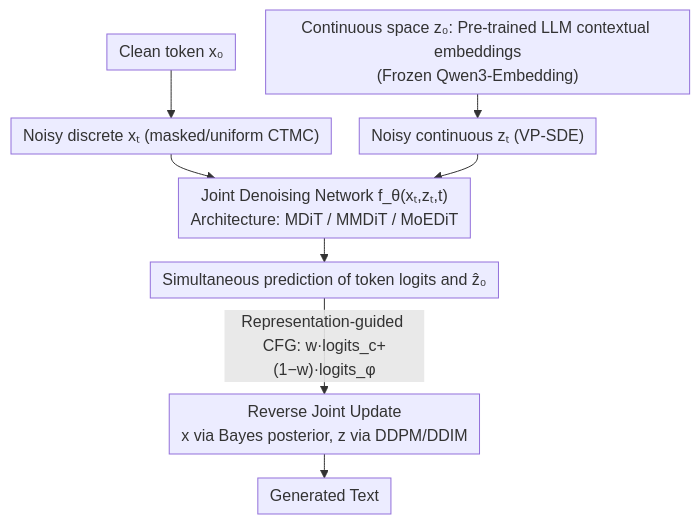
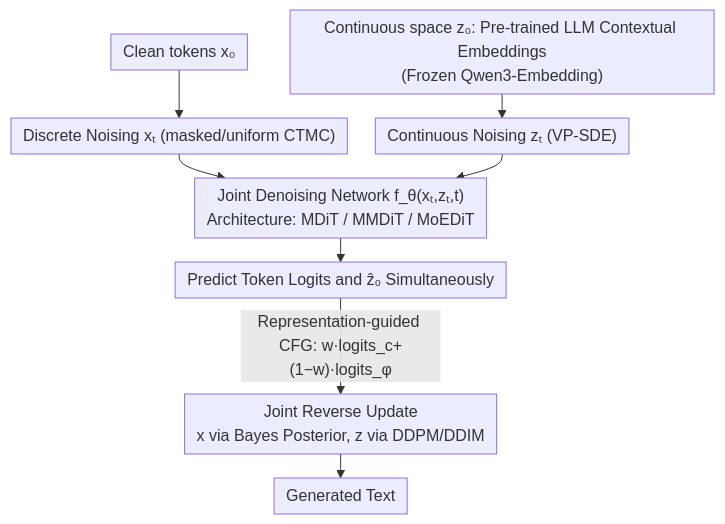
One commit to zhaoyang97/Paper-Notes-en changed the diagram in docs/ICML2026/image_restoration/coevolutionary_continuous_discrete_diffusion_make_your_diffusion_language_model_.md. Above: the diagram before and after it, drawn with Mermaid. The commit also changed other lines of this file and 5084 other files, not shown here.

````diff
--- a/docs/ICML2026/image_restoration/coevolutionary_continuous_discrete_diffusion_make_your_diffusion_language_model_.md
+++ b/docs/ICML2026/image_restoration/coevolutionary_continuous_discrete_diffusion_make_your_diffusion_language_model_.md
@@ -45,13 +45,13 @@
 ```mermaid
 %%{init: {'flowchart': {'rankSpacing': 24, 'nodeSpacing': 28, 'padding': 6, 'wrappingWidth': 400}}}%%
 flowchart TD
-    X0["Clean token x₀"]
-    Z0["Continuous space z₀: Pre-trained LLM contextual embeddings<br/>(Frozen Qwen3-Embedding)"]
-    X0 --> XT["Noisy discrete xₜ (masked/uniform CTMC)"]
-    Z0 --> ZT["Noisy continuous zₜ (VP-SDE)"]
+    X0["Clean tokens x₀"]
+    Z0["Continuous space z₀: Pre-trained LLM Contextual Embeddings<br/>(Frozen Qwen3-Embedding)"]
+    X0 --> XT["Discrete Noising xₜ (masked/uniform CTMC)"]
+    Z0 --> ZT["Continuous Noising zₜ (VP-SDE)"]
     XT --> F["Joint Denoising Network f_θ(xₜ,zₜ,t)<br/>Architecture: MDiT / MMDiT / MoEDiT"]
     ZT --> F
-    F --> PRED["Simultaneous prediction of token logits and ẑ₀"]
-    PRED -->|"Representation-guided CFG: w·logits_c+(1−w)·logits_φ"| UPD["Reverse Joint Update<br/>x via Bayes posterior, z via DDPM/DDIM"]
+    F --> PRED["Predict Token Logits and ẑ₀ Simultaneously"]
+    PRED -->|"Representation-guided CFG: w·logits_c+(1−w)·logits_φ"| UPD["Joint Reverse Update<br/>x via Bayes Posterior, z via DDPM/DDIM"]
     UPD --> OUT["Generated Text"]
 ```
````
